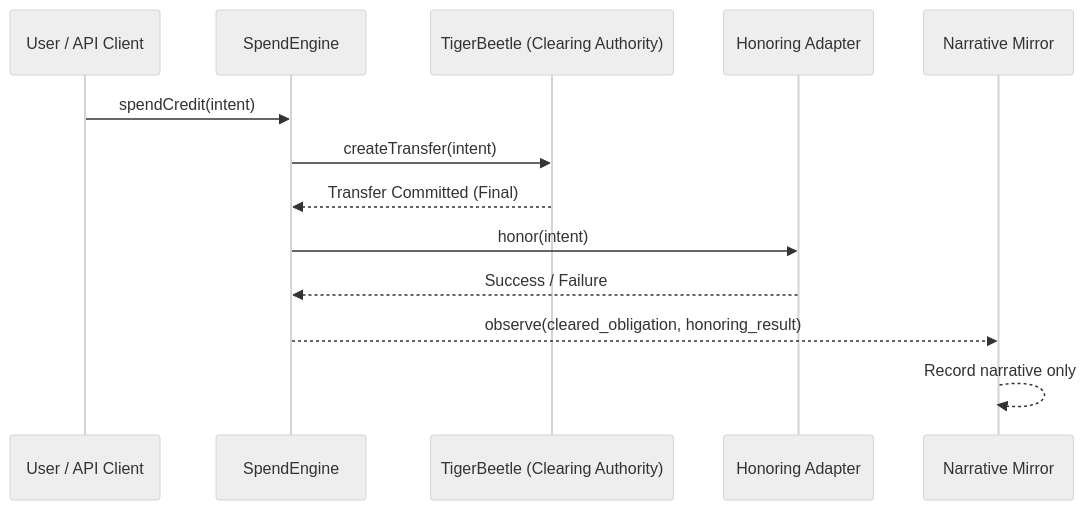
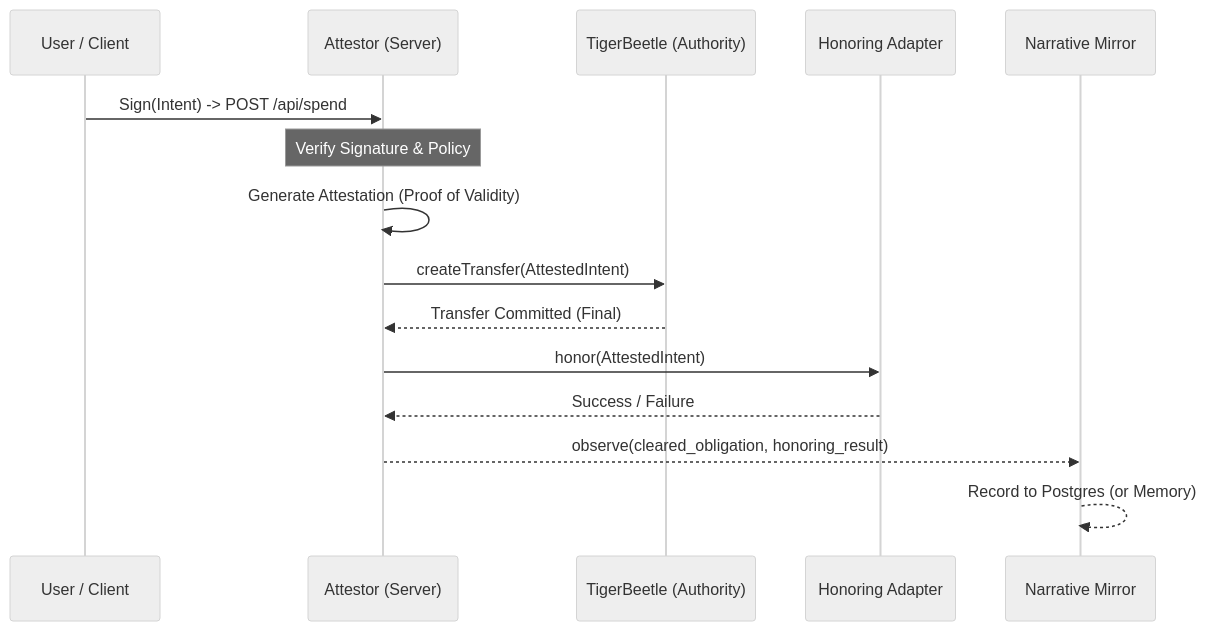
Before and after one commit to StavoMidnite661/gm-family-trust---val-core--1-: the diagram in README.md, drawn with Mermaid (neutral theme). The commit also changed other lines of this file and 28 other files, not shown here.

````diff
--- a/README.md
+++ b/README.md
@@ -33,20 +33,24 @@
 ```mermaid
 sequenceDiagram
-    participant U as User / API Client
-    participant SE as SpendEngine
-    participant TB as TigerBeetle (Clearing Authority)
+    participant U as User / Client
+    participant A as Attestor (Server)
+    participant TB as TigerBeetle (Authority)
     participant HA as Honoring Adapter
     participant NM as Narrative Mirror
 
-    U->>SE: spendCredit(intent)
+    U->>A: Sign(Intent) -> POST /api/spend
 
-    SE->>TB: createTransfer(intent)
-    TB-->>SE: Transfer Committed (Final)
+    Note over A: Verify Signature & Policy
 
-    SE->>HA: honor(intent)
-    HA-->>SE: Success / Failure
+    A->>A: Generate Attestation (Proof of Validity)
 
-    SE-->>NM: observe(cleared_obligation, honoring_result)
+    A->>TB: createTransfer(AttestedIntent)
+    TB-->>A: Transfer Committed (Final)
 
-    NM-->>NM: Record narrative only
+    A->>HA: honor(AttestedIntent)
+    HA-->>A: Success / Failure
+
+    A-->>NM: observe(cleared_obligation, honoring_result)
+
+    NM-->>NM: Record to Postgres (or Memory)
 ```
````
